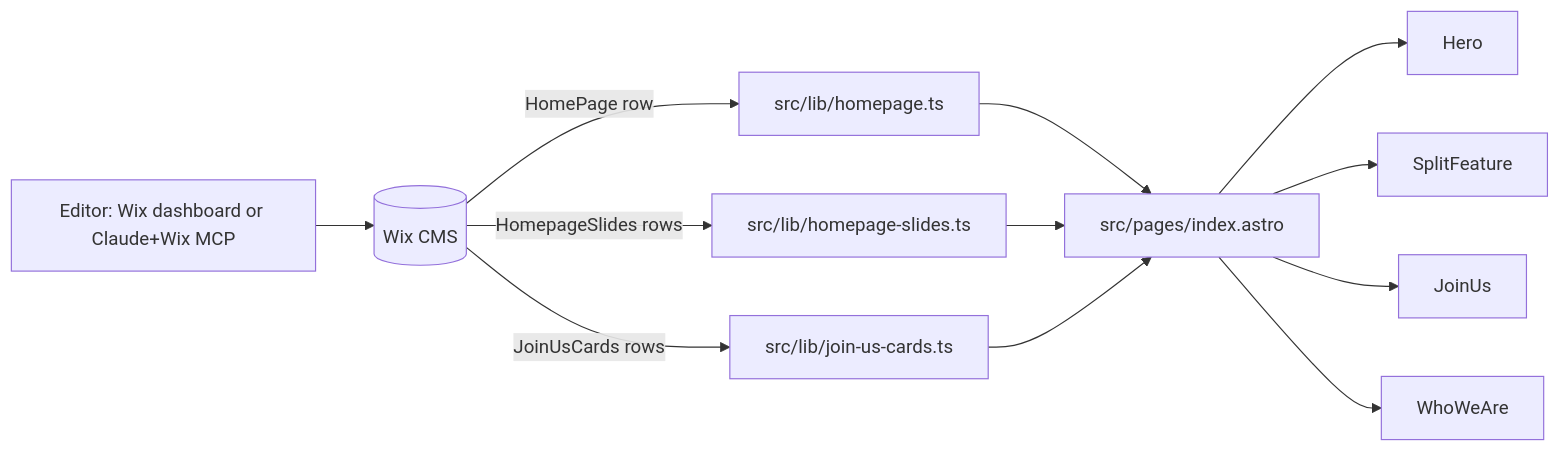
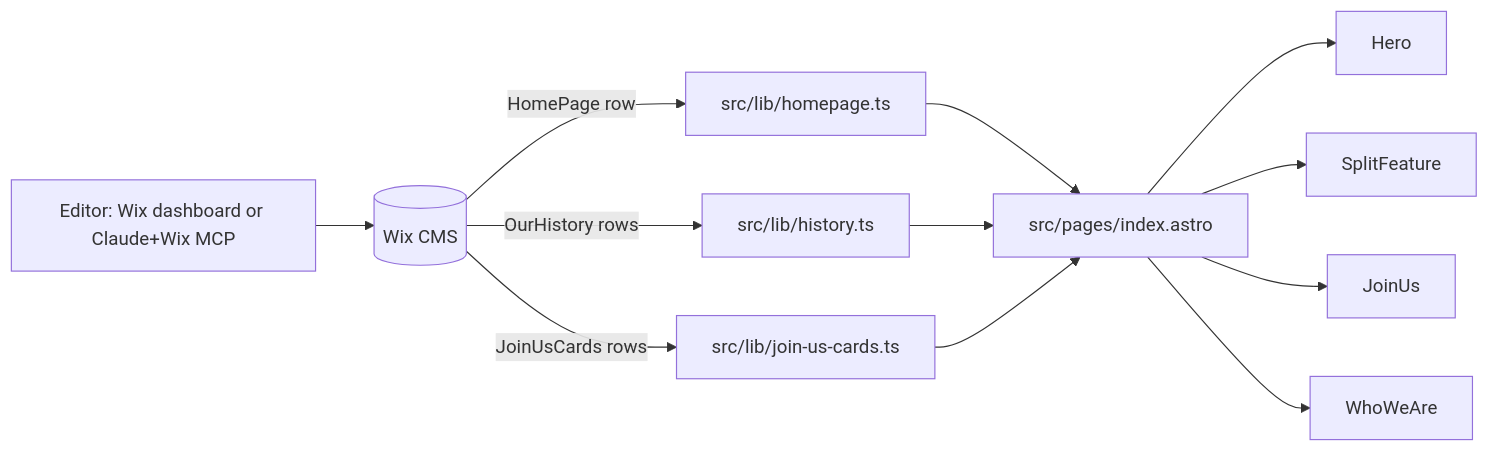
One commit to daniellekorn/official-rck-headless changed the diagram in design-log/001-cms-driven-content-architecture.md. Above: the diagram before and after it, drawn with Mermaid. The commit also changed other lines of this file, not shown here.

Commit message:
Design log #001: point Who We Are data flow at OurHistory/history.ts
The 001 architecture diagram + collections list still named the old
HomepageSlides/homepage-slides.ts. Update both to OurHistory/history.ts,
note the year field, and cite #015 for the rename + timeline reframe.

````diff
--- a/design-log/001-cms-driven-content-architecture.md
+++ b/design-log/001-cms-driven-content-architecture.md
@@ -38,11 +38,11 @@
 ```mermaid
 flowchart LR
   Editor[Editor: Wix dashboard or Claude+Wix MCP] --> CMS[(Wix CMS)]
   CMS -- HomePage row --> homepageTs[src/lib/homepage.ts]
-  CMS -- HomepageSlides rows --> slidesTs[src/lib/homepage-slides.ts]
+  CMS -- OurHistory rows --> historyTs[src/lib/history.ts]
   CMS -- JoinUsCards rows --> cardsTs[src/lib/join-us-cards.ts]
   homepageTs --> indexAstro[src/pages/index.astro]
-  slidesTs --> indexAstro
+  historyTs --> indexAstro
   cardsTs --> indexAstro
   indexAstro --> Hero & SplitFeature & JoinUs & WhoWeAre
 ```
````
